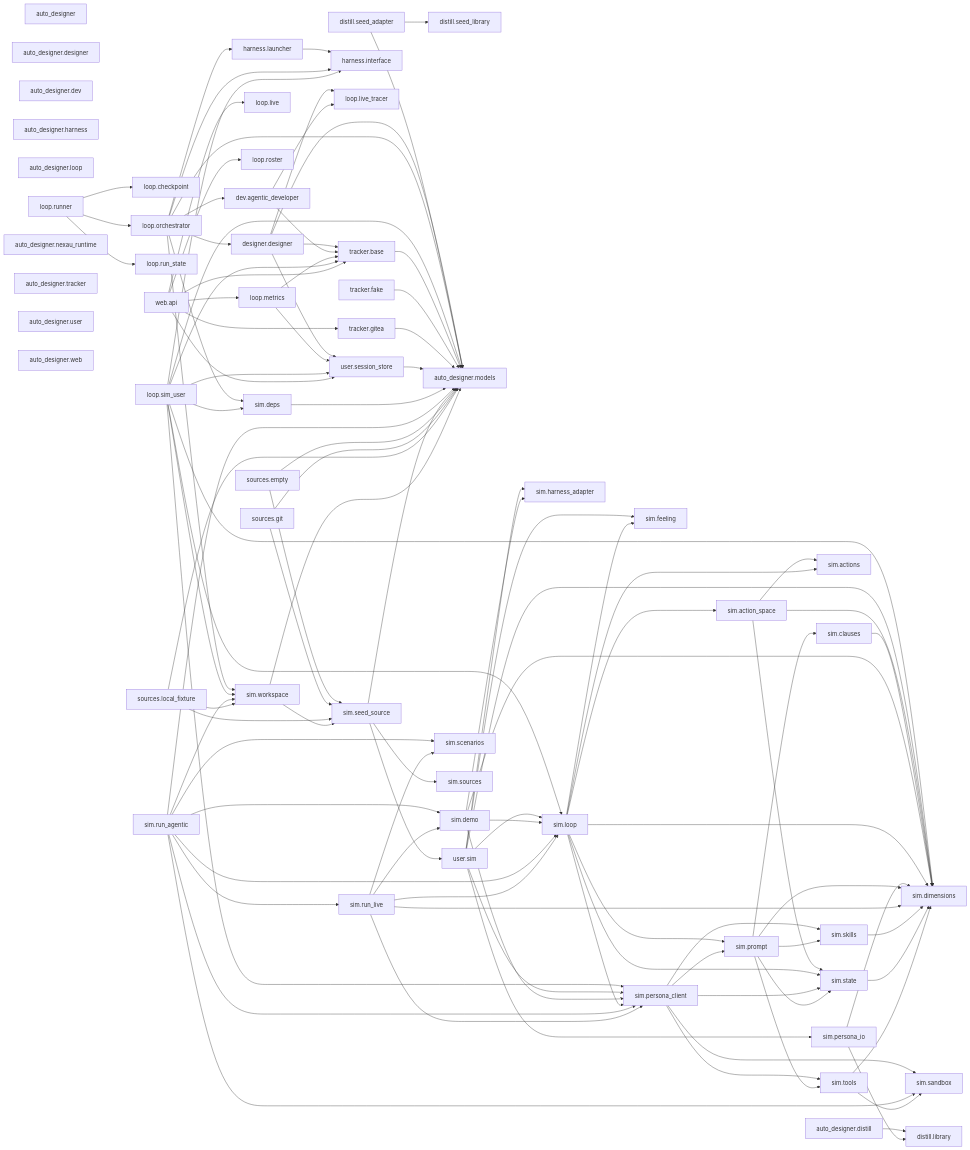
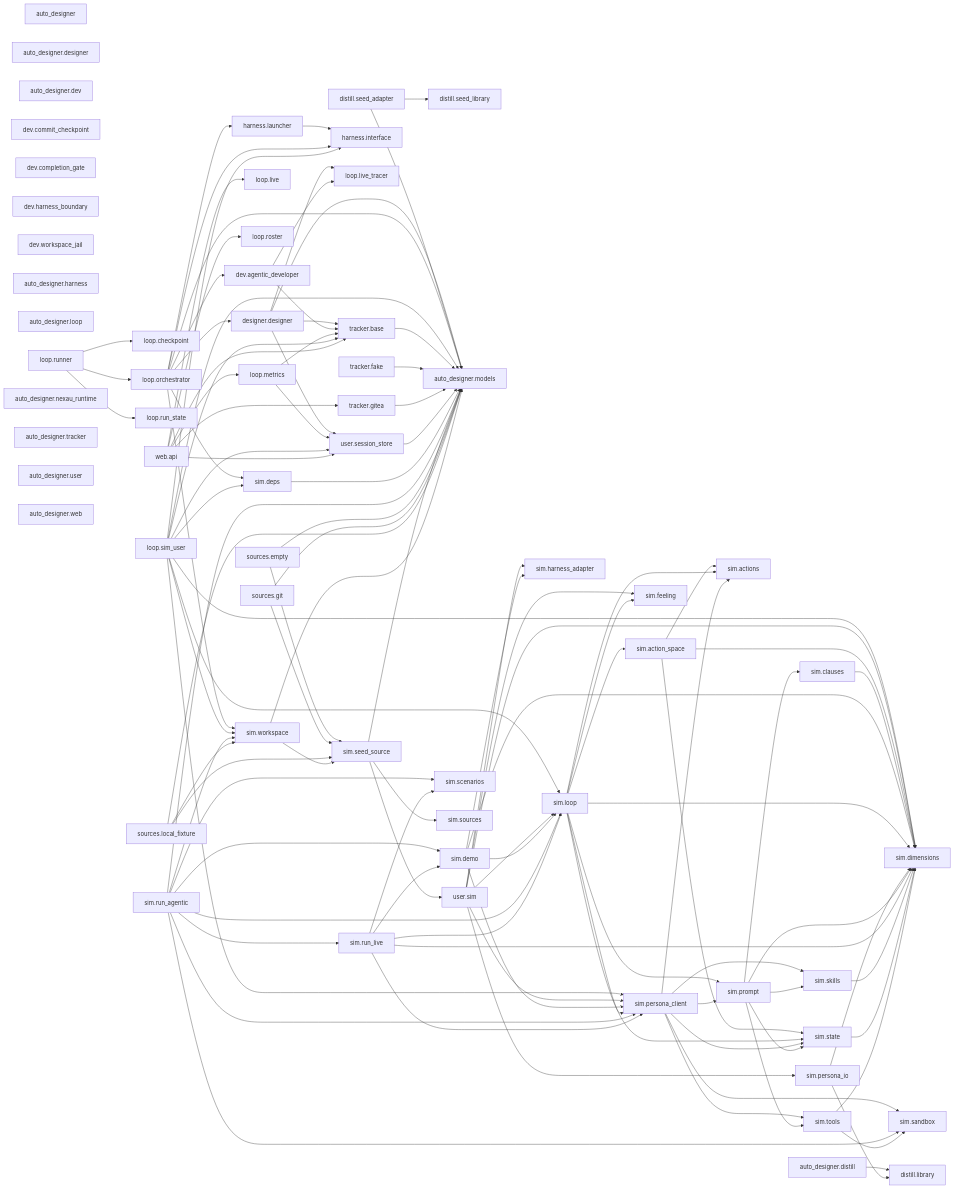
The diagram in docs/specs/ARCHITECTURE.md (Curry09/AHE-Beta), drawn with Mermaid before and after one commit. The commit also changed other lines of this file and 6 other files, not shown here.

First line of the commit message:
spec: 补 0012–0016 五组——用户等待体感/harness 呈现协议/dev 提交纪律/过拟合隔离/设计师根因信号

```diff
--- a/docs/specs/ARCHITECTURE.md
+++ b/docs/specs/ARCHITECTURE.md
@@ -148,6 +152,10 @@
     nauto_designer_designer_designer["designer.designer"]
     nauto_designer_dev["auto_designer.dev"]
     nauto_designer_dev_agentic_developer["dev.agentic_developer"]
+    nauto_designer_dev_commit_checkpoint["dev.commit_checkpoint"]
+    nauto_designer_dev_completion_gate["dev.completion_gate"]
+    nauto_designer_dev_harness_boundary["dev.harness_boundary"]
+    nauto_designer_dev_workspace_jail["dev.workspace_jail"]
     nauto_designer_distill["auto_designer.distill"]
     nauto_designer_distill_library["distill.library"]
     nauto_designer_distill_seed_adapter["distill.seed_adapter"]
@@ -258,6 +266,7 @@
     nauto_designer_user_sim_loop --> nauto_designer_user_sim_persona_client
     nauto_designer_user_sim_loop --> nauto_designer_user_sim_prompt
     nauto_designer_user_sim_loop --> nauto_designer_user_sim_state
+    nauto_designer_user_sim_persona_client --> nauto_designer_user_sim_actions
     nauto_designer_user_sim_persona_client --> nauto_designer_user_sim_prompt
     nauto_designer_user_sim_persona_client --> nauto_designer_user_sim_sandbox
     nauto_designer_user_sim_persona_client --> nauto_designer_user_sim_skills
```
